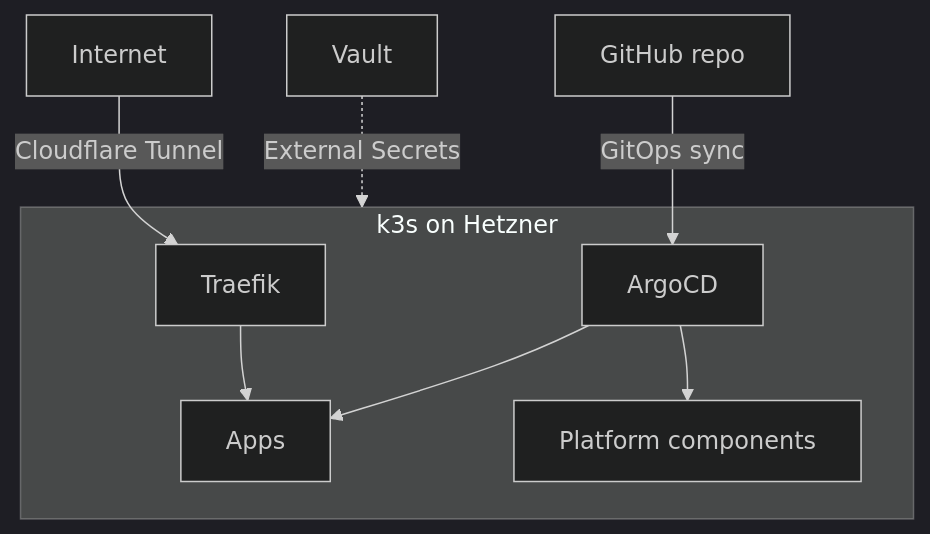
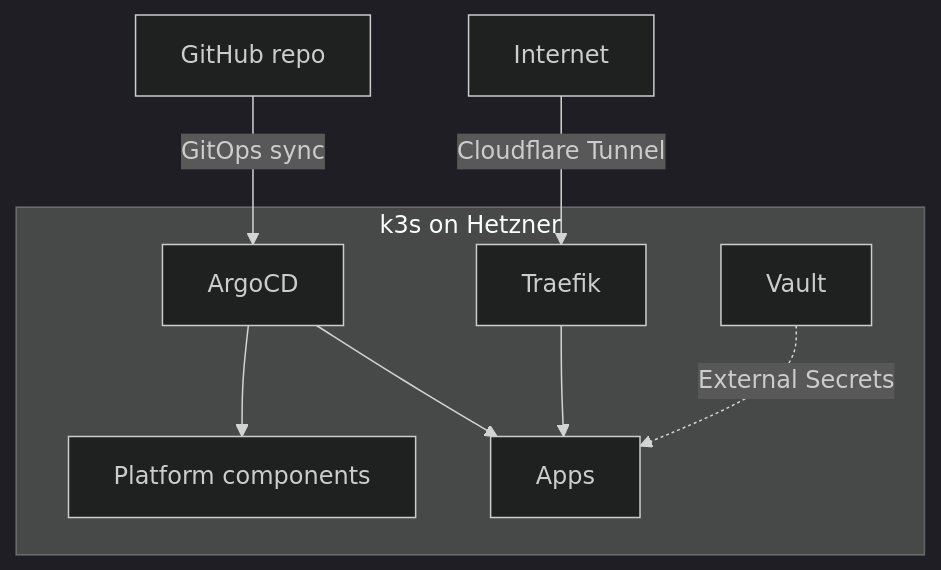
Before and after one commit to kbntx-org/nexus: the diagram in docs/src/getting-started/01-overview.md, drawn with Mermaid. The commit also changed other lines of this file and 31 other files, not shown here.

````diff
--- a/docs/src/getting-started/01-overview.md
+++ b/docs/src/getting-started/01-overview.md
@@ -27,14 +16,13 @@
 ```mermaid
 %%{init: {'theme':'dark'}}%%
 graph TD
     Internet -->|Cloudflare Tunnel| Traefik
     GitHub[GitHub repo] -->|GitOps sync| ArgoCD
 
     subgraph Cluster[k3s on Hetzner]
         Traefik --> Apps
         ArgoCD --> Apps
         ArgoCD --> Platform[Platform components]
+        Vault -.->|External Secrets| Apps
     end
-
-    Vault[Vault] -.->|External Secrets| Cluster
 ```
````
